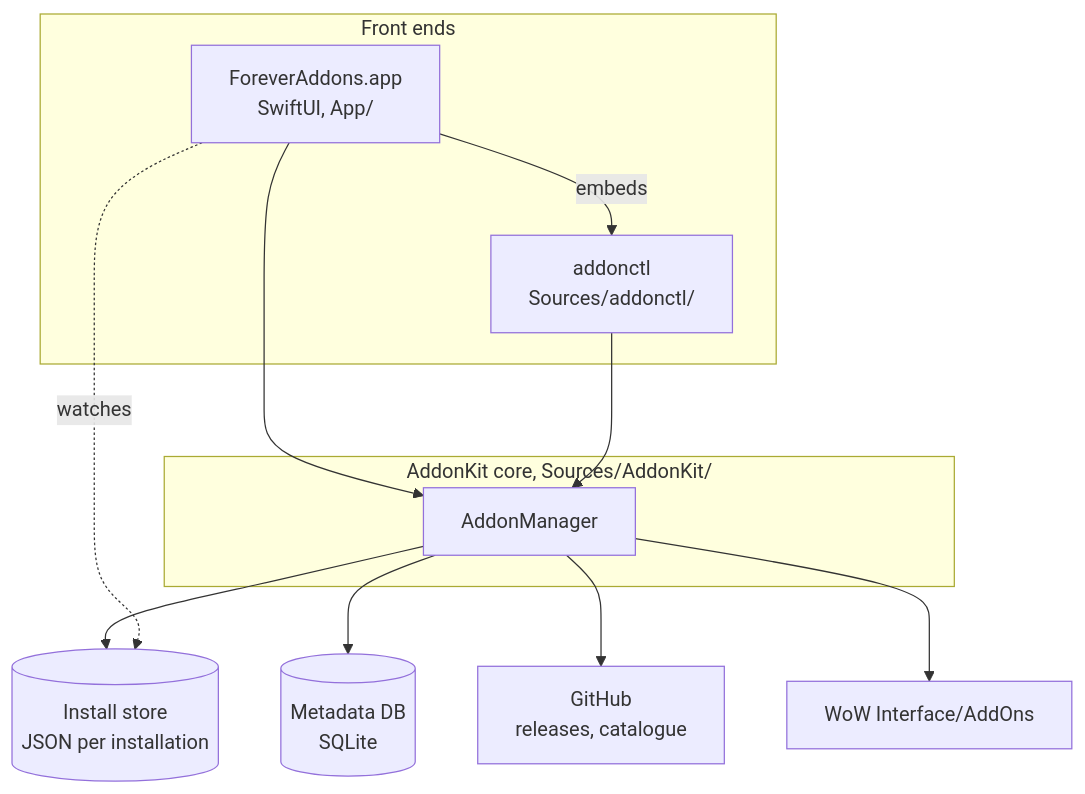
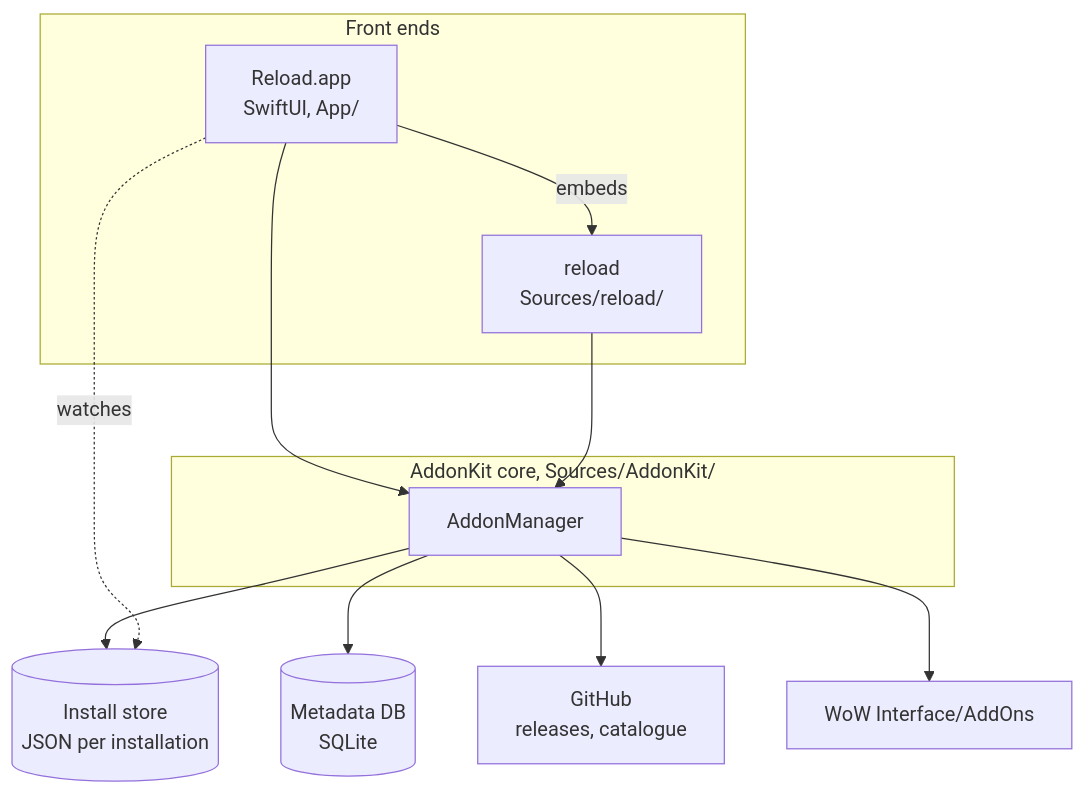
The diagram in docs/overview.md (miotke/reload), drawn with Mermaid before and after one commit. The commit also changed other lines of this file and 210 other files, not shown here.

````diff
--- a/docs/overview.md
+++ b/docs/overview.md
@@ -16,18 +16,18 @@
 ```mermaid
 flowchart TB
     subgraph Front ends
-        App[ForeverAddons.app<br/>SwiftUI, App/]
-        CLI[addonctl<br/>Sources/addonctl/]
+        App[Reload.app<br/>SwiftUI, App/]
+        CLI[reload<br/>Sources/reload/]
     end
     App -- embeds --> CLI
     App --> AM
     CLI --> AM
     subgraph AddonKit [AddonKit core, Sources/AddonKit/]
         AM[AddonManager]
     end
     AM --> Store[(Install store<br/>JSON per installation)]
     AM --> DB[(Metadata DB<br/>SQLite)]
     AM --> GH[GitHub<br/>releases, catalogue]
     AM --> WoW[WoW Interface/AddOns]
     App -. watches .-> Store
 ```
````
